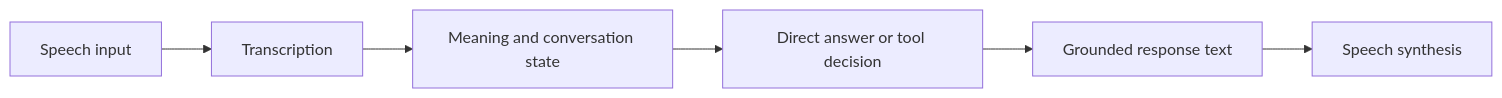
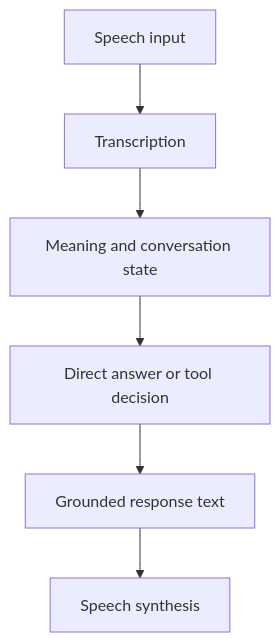
Before and after one commit to teckedd-code2save/special-engineering-articles: the diagram in ghana-health-ai/01-research-journey.md, drawn with Mermaid. The commit also changed other lines of this file and 11 other files, not shown here.

````diff
--- a/ghana-health-ai/01-research-journey.md
+++ b/ghana-health-ai/01-research-journey.md
@@ -32,8 +40,8 @@
 ```mermaid
-flowchart LR
+flowchart TD
     A["Speech input"] --> B["Transcription"]
     B --> C["Meaning and conversation state"]
     C --> D["Direct answer or tool decision"]
     D --> E["Grounded response text"]
     E --> F["Speech synthesis"]
 ```
````
